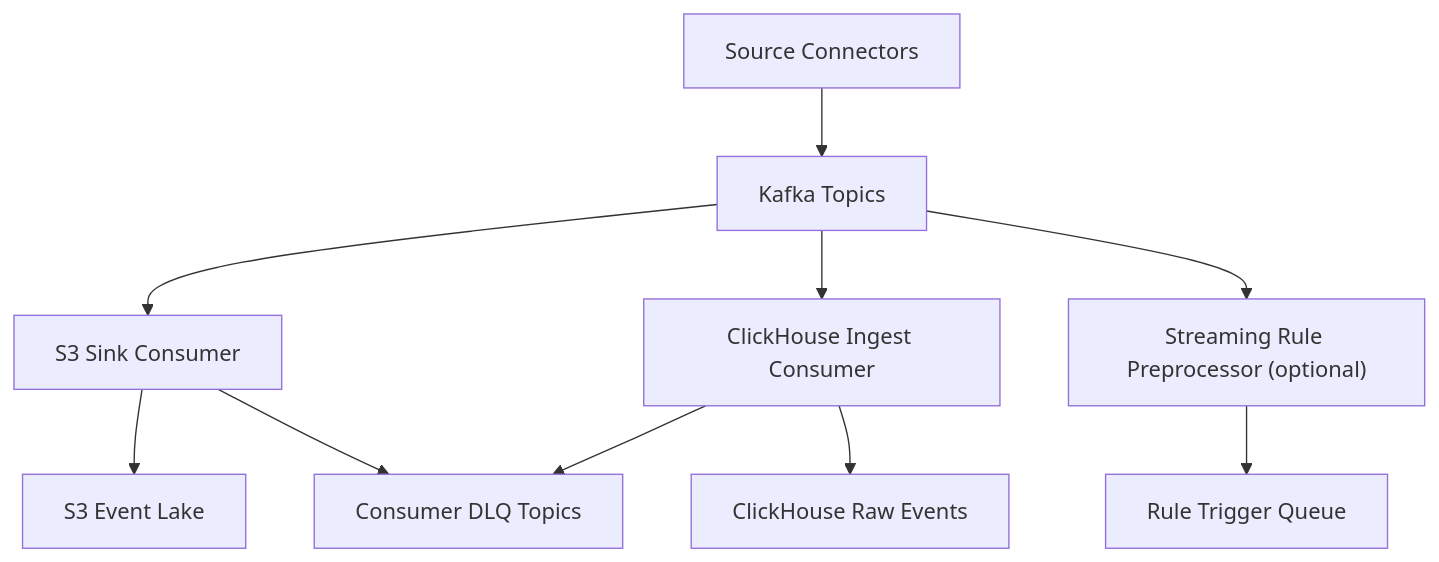
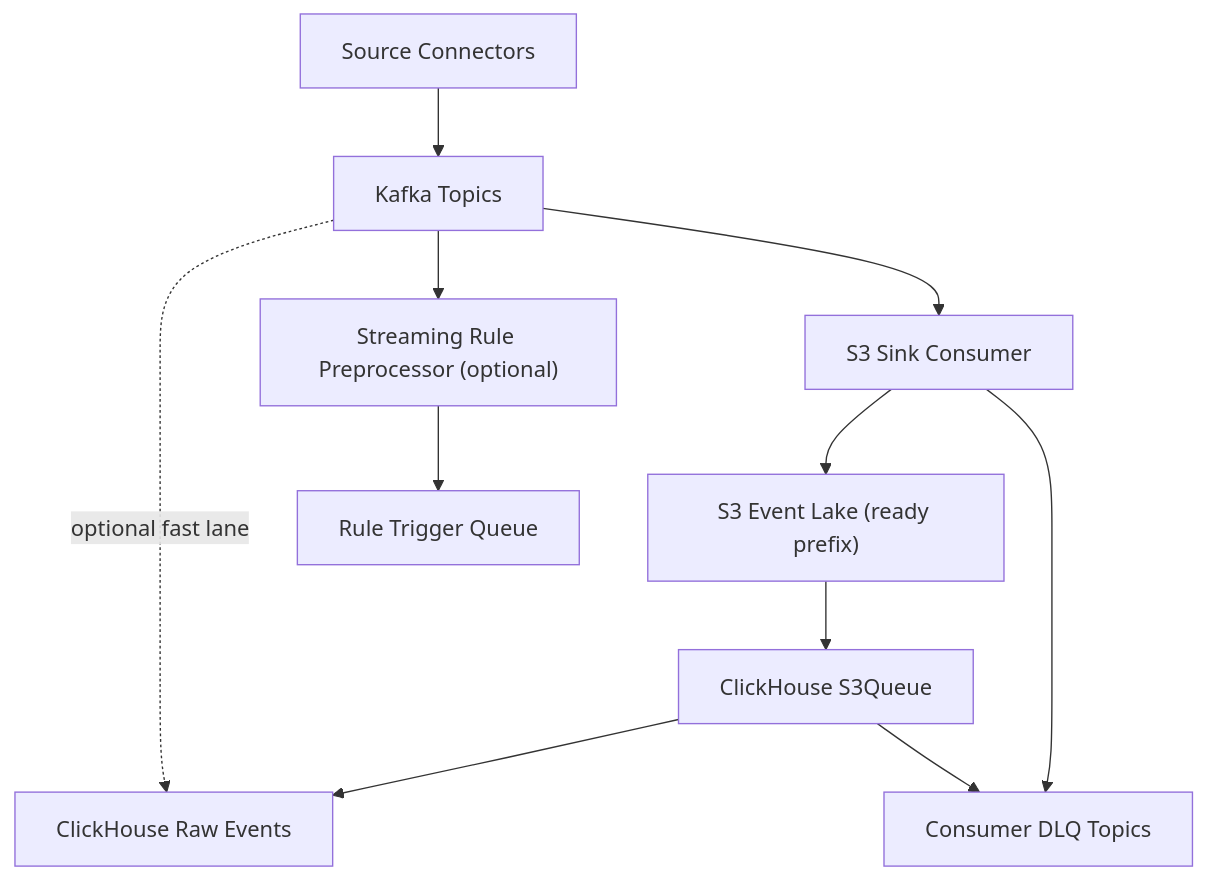
Before and after one commit to harshavardhan-99/-SQL-Engine-: the diagram in docs/lld/02-event-backbone-kafka-lld.md, drawn with Mermaid. The commit also changed other lines of this file and 6 other files, not shown here.

Commit message:
Update architecture docs for S3Queue consistency-first ingestion

````diff
--- a/docs/lld/02-event-backbone-kafka-lld.md
+++ b/docs/lld/02-event-backbone-kafka-lld.md
@@ -33,14 +33,15 @@
 ```mermaid
 flowchart TB
   Producers["Source Connectors"] --> Topics["Kafka Topics"]
   Topics --> S3Sink["S3 Sink Consumer"]
-  Topics --> CHIngest["ClickHouse Ingest Consumer"]
   Topics --> StreamRules["Streaming Rule Preprocessor (optional)"]
 
-  S3Sink --> S3["S3 Event Lake"]
-  CHIngest --> CHRaw["ClickHouse Raw Events"]
+  S3Sink --> S3["S3 Event Lake (ready prefix)"]
+  S3 --> S3Q["ClickHouse S3Queue"]
+  S3Q --> CHRaw["ClickHouse Raw Events"]
+  Topics -.optional fast lane.-> CHRaw
   StreamRules --> RuleQueue["Rule Trigger Queue"]
 
   S3Sink --> DLQ["Consumer DLQ Topics"]
-  CHIngest --> DLQ
+  S3Q --> DLQ
 ```
````
